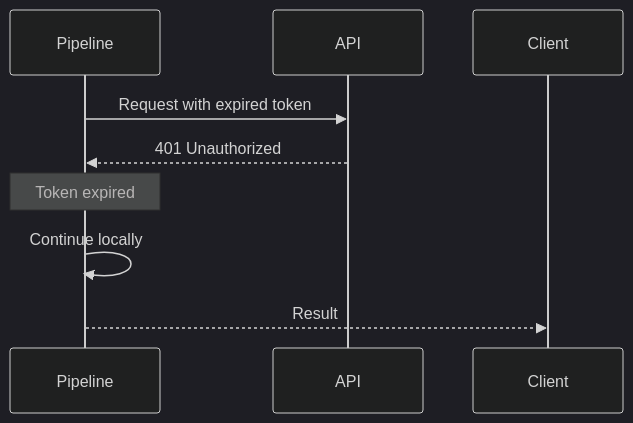
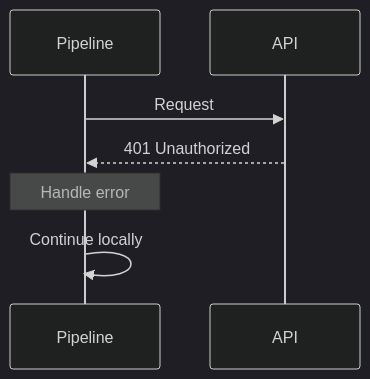
One commit to wisrovi/wpipe changed the second of 5 diagrams in examples/api_pipeline/16_expired_token/README.md. Above: the diagram before and after it, drawn with Mermaid (dark theme). The commit also changed other lines of this file and 20 other files, not shown here.

First line of the commit message:
Simplify Mermaid diagrams for better rendering

````diff
--- a/examples/api_pipeline/16_expired_token/README.md
+++ b/examples/api_pipeline/16_expired_token/README.md
@@ -24,12 +23,10 @@
 ```mermaid
 sequenceDiagram
-    participant Pipeline
-    participant API
-    participant Client
+    participant P as Pipeline
+    participant A as API
     
-    Pipeline->>API: Request with expired token
-    API-->>Pipeline: 401 Unauthorized
-    Note over Pipeline: Token expired
-    Pipeline->>Pipeline: Continue locally
-    Pipeline-->>Client: Result
+    P->>A: Request
+    A-->>P: 401 Unauthorized
+    Note over P: Handle error
+    P->>P: Continue locally
 ```
````
